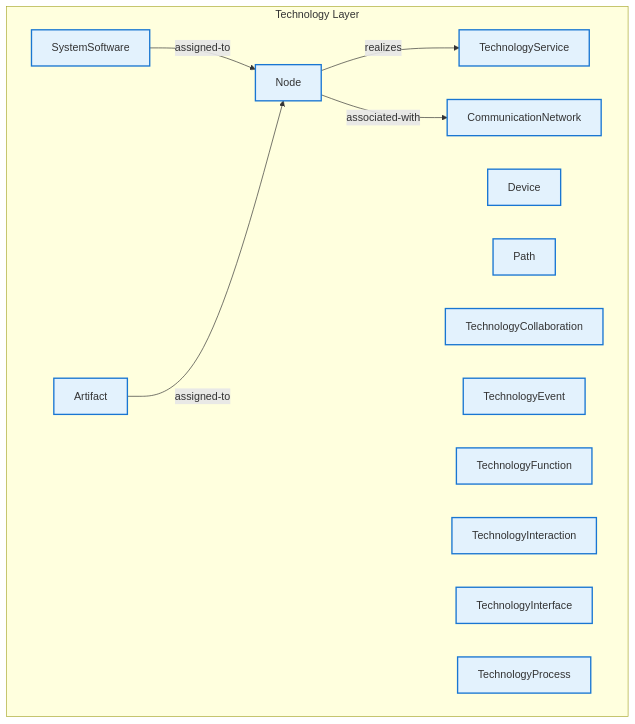
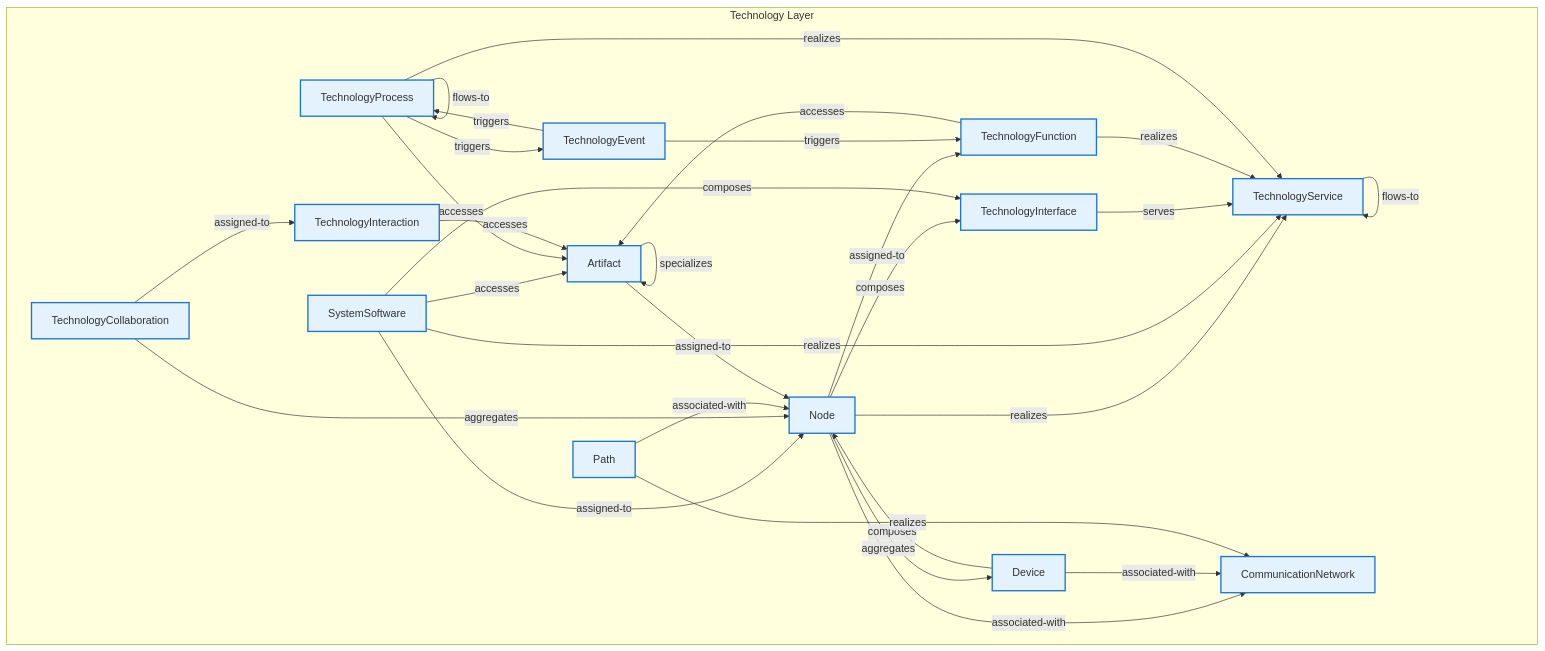
The diagram in reports/layers/05-technology-intra-layer.md (tinkermonkey/documentation_robotics), drawn with Mermaid before and after one commit. The commit also changed other lines of this file and 63 other files, not shown here.

````diff
--- a/reports/layers/05-technology-intra-layer.md
+++ b/reports/layers/05-technology-intra-layer.md
@@ -16,27 +16,51 @@
 ```mermaid
 graph TB
   subgraph "Technology Layer"
 
     Artifact["Artifact"]
     CommunicationNetwork["CommunicationNetwork"]
     Device["Device"]
     Node["Node"]
     Path["Path"]
     SystemSoftware["SystemSoftware"]
     TechnologyCollaboration["TechnologyCollaboration"]
     TechnologyEvent["TechnologyEvent"]
     TechnologyFunction["TechnologyFunction"]
     TechnologyInteraction["TechnologyInteraction"]
     TechnologyInterface["TechnologyInterface"]
     TechnologyProcess["TechnologyProcess"]
     TechnologyService["TechnologyService"]
 
+    Node -->|composes| TechnologyInterface
+    Node -->|aggregates| Device
+    Node -->|assigned-to| TechnologyFunction
     Node -->|realizes| TechnologyService
     Node -->|associated-with| CommunicationNetwork
+    Device -->|composes| Node
+    Device -->|associated-with| CommunicationNetwork
+    SystemSoftware -->|composes| TechnologyInterface
+    SystemSoftware -->|realizes| TechnologyService
+    SystemSoftware -->|accesses| Artifact
     SystemSoftware -->|assigned-to| Node
+    TechnologyCollaboration -->|aggregates| Node
+    TechnologyCollaboration -->|assigned-to| TechnologyInteraction
+    TechnologyInterface -->|serves| TechnologyService
+    Path -->|realizes| CommunicationNetwork
+    Path -->|associated-with| Node
+    TechnologyFunction -->|realizes| TechnologyService
+    TechnologyFunction -->|accesses| Artifact
+    TechnologyProcess -->|realizes| TechnologyService
+    TechnologyProcess -->|triggers| TechnologyEvent
+    TechnologyProcess -->|flows-to| TechnologyProcess
+    TechnologyProcess -->|accesses| Artifact
+    TechnologyInteraction -->|accesses| Artifact
+    TechnologyEvent -->|triggers| TechnologyProcess
+    TechnologyEvent -->|triggers| TechnologyFunction
+    TechnologyService -->|flows-to| TechnologyService
+    Artifact -->|specializes| Artifact
     Artifact -->|assigned-to| Node
   end
 
   %% Styling
   classDef default fill:#E3F2FD,stroke:#1976D2,stroke-width:2px
 ```
````
